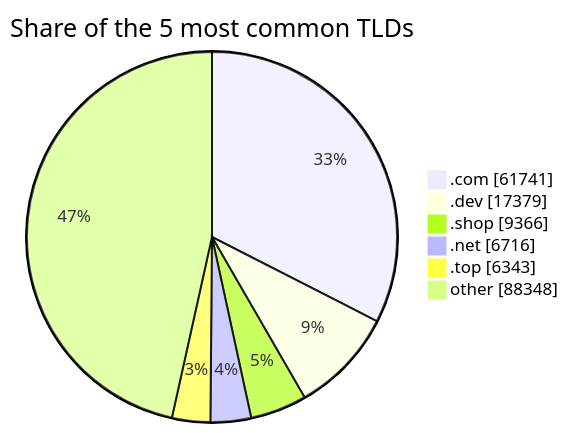
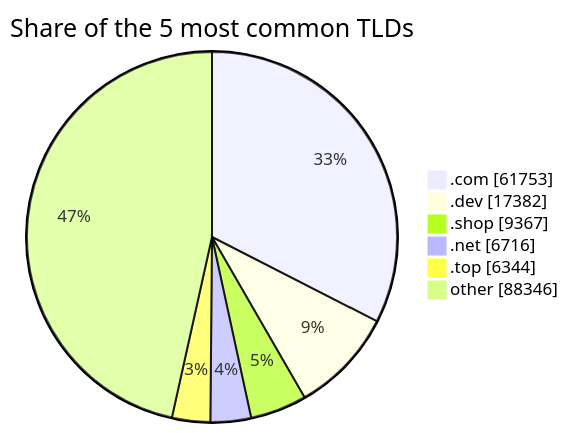
Before and after one commit to DNSBunker/CTI: the third of 3 diagrams in README.md, drawn with Mermaid. The commit also changed other lines of this file and 3 other files, not shown here.

````diff
--- a/README.md
+++ b/README.md
@@ -81,9 +81,9 @@
 ```mermaid
 pie showData title Share of the 5 most common TLDs
-    ".com" : 61741
-    ".dev" : 17379
-    ".shop" : 9366
+    ".com" : 61753
+    ".dev" : 17382
+    ".shop" : 9367
     ".net" : 6716
-    ".top" : 6343
-    "other" : 88348
+    ".top" : 6344
+    "other" : 88346
 ```
````
